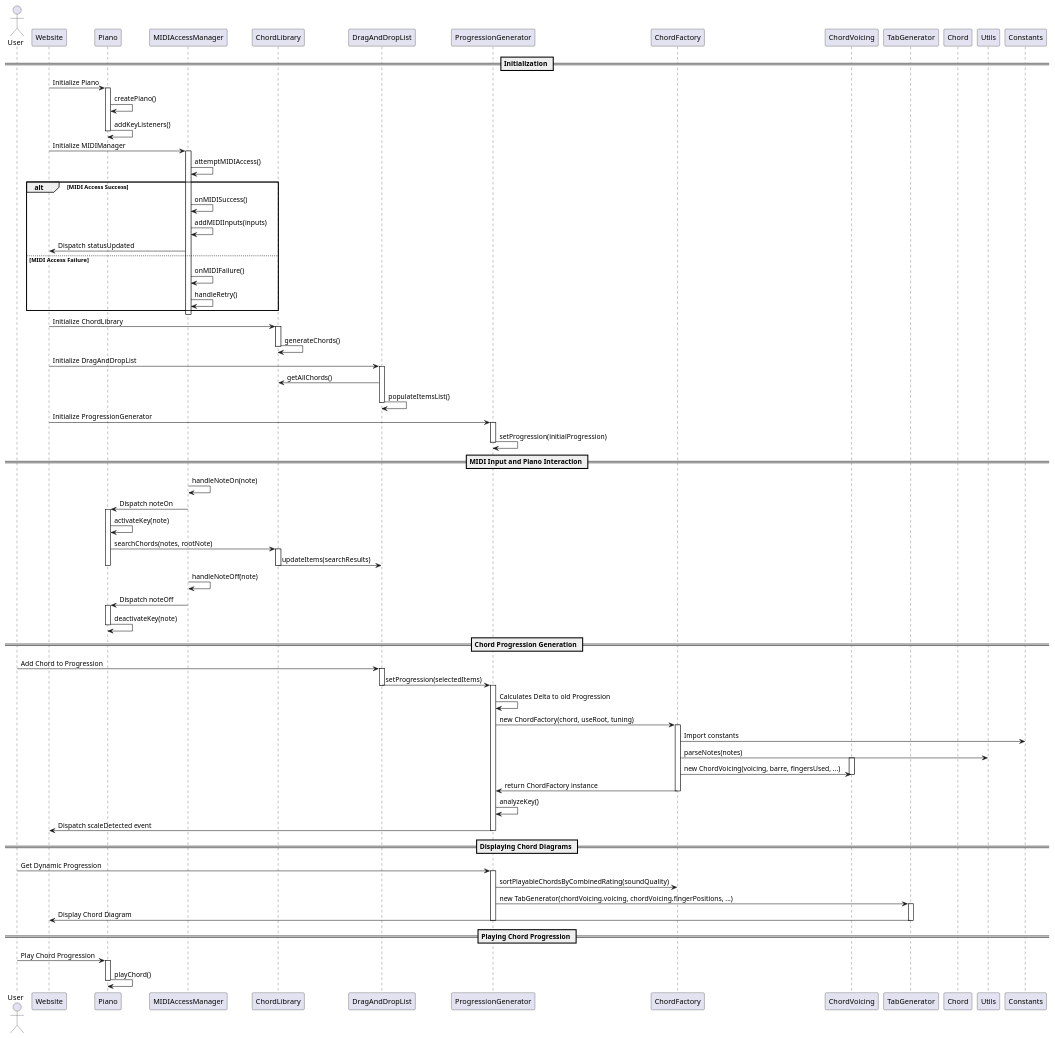
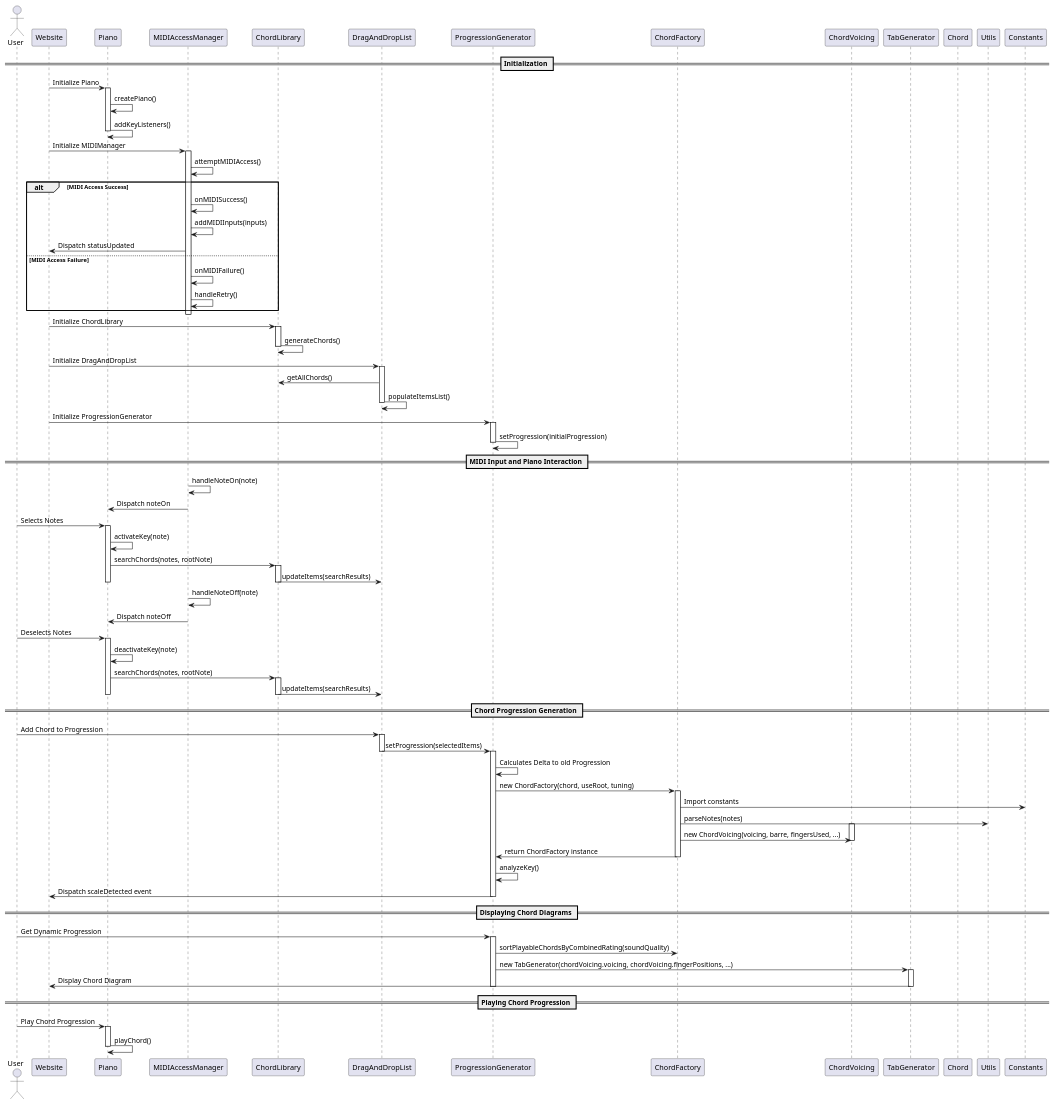
The diagram in documentation/sequence_diagram.puml (Lukhausen/Piano2Guitar), drawn with PlantUML before and after one commit.

```diff
--- a/documentation/sequence_diagram.puml
+++ b/documentation/sequence_diagram.puml
@@ -1,110 +1,116 @@
 @startuml
 
 actor User
 
 participant "Website" as Website
 participant "Piano" as Piano
 participant "MIDIAccessManager" as MIDIManager
 participant "ChordLibrary" as ChordLib
 participant "DragAndDropList" as DragDrop
 participant "ProgressionGenerator" as ProgGen
 participant "ChordFactory" as ChordFact
 participant "ChordVoicing" as ChordVoice
 participant "TabGenerator" as TabGen
 participant "Chord" as Chord
 participant "Utils" as Utils
 participant "Constants" as Constants
 
 
 == Initialization ==
 Website -> Piano: Initialize Piano
 activate Piano
 Piano -> Piano: createPiano()
 Piano -> Piano: addKeyListeners()
 deactivate Piano
 
 Website -> MIDIManager: Initialize MIDIManager
 activate MIDIManager
 MIDIManager -> MIDIManager: attemptMIDIAccess()
 alt MIDI Access Success
     MIDIManager -> MIDIManager: onMIDISuccess()
     MIDIManager -> MIDIManager: addMIDIInputs(inputs)
     MIDIManager -> Website: Dispatch statusUpdated
 else MIDI Access Failure
     MIDIManager -> MIDIManager: onMIDIFailure()
     MIDIManager -> MIDIManager: handleRetry()
 end
 deactivate MIDIManager
 
 Website -> ChordLib: Initialize ChordLibrary
 activate ChordLib
 ChordLib -> ChordLib: generateChords()
 deactivate ChordLib
 
 Website -> DragDrop: Initialize DragAndDropList
 activate DragDrop
 DragDrop -> ChordLib: getAllChords()
 DragDrop -> DragDrop: populateItemsList()
 deactivate DragDrop
 
 Website -> ProgGen: Initialize ProgressionGenerator
 activate ProgGen
 ProgGen -> ProgGen: setProgression(initialProgression)
 deactivate ProgGen
 
 == MIDI Input and Piano Interaction ==
 MIDIManager -> MIDIManager: handleNoteOn(note)
 MIDIManager -> Piano: Dispatch noteOn
+User -> Piano: Selects Notes
 activate Piano
 Piano -> Piano: activateKey(note)
 Piano -> ChordLib: searchChords(notes, rootNote)
 activate ChordLib
 ChordLib -> DragDrop: updateItems(searchResults)
 deactivate ChordLib
 deactivate Piano
 
 MIDIManager -> MIDIManager: handleNoteOff(note)
 MIDIManager -> Piano: Dispatch noteOff
+User -> Piano: Deselects Notes
 activate Piano
 Piano -> Piano: deactivateKey(note)
+Piano -> ChordLib: searchChords(notes, rootNote)
+activate ChordLib
+ChordLib -> DragDrop: updateItems(searchResults)
+deactivate ChordLib
 deactivate Piano
 
 == Chord Progression Generation ==
 User -> DragDrop: Add Chord to Progression
 activate DragDrop
 DragDrop -> ProgGen: setProgression(selectedItems)
 deactivate DragDrop
 
 activate ProgGen
 ProgGen -> ProgGen: Calculates Delta to old Progression
 ProgGen -> ChordFact: new ChordFactory(chord, useRoot, tuning)
 activate ChordFact
 ChordFact -> Constants: Import constants
 ChordFact -> Utils: parseNotes(notes)
 activate ChordVoice
 ChordFact -> ChordVoice: new ChordVoicing(voicing, barre, fingersUsed, ...)
 deactivate ChordVoice
 ChordFact -> ProgGen: return ChordFactory instance
 deactivate ChordFact
 
 ProgGen -> ProgGen: analyzeKey()
 ProgGen -> Website: Dispatch scaleDetected event
 deactivate ProgGen
 
 == Displaying Chord Diagrams ==
 User -> ProgGen: Get Dynamic Progression
 activate ProgGen
 ProgGen -> ChordFact: sortPlayableChordsByCombinedRating(soundQuality)
 ProgGen -> TabGen: new TabGenerator(chordVoicing.voicing, chordVoicing.fingerPositions, ...)
 activate TabGen
 TabGen -> Website: Display Chord Diagram
 deactivate TabGen
 deactivate ProgGen
 
 == Playing Chord Progression ==
 User -> Piano: Play Chord Progression
 activate Piano
 Piano -> Piano: playChord()
 deactivate Piano
 
 @enduml
```
